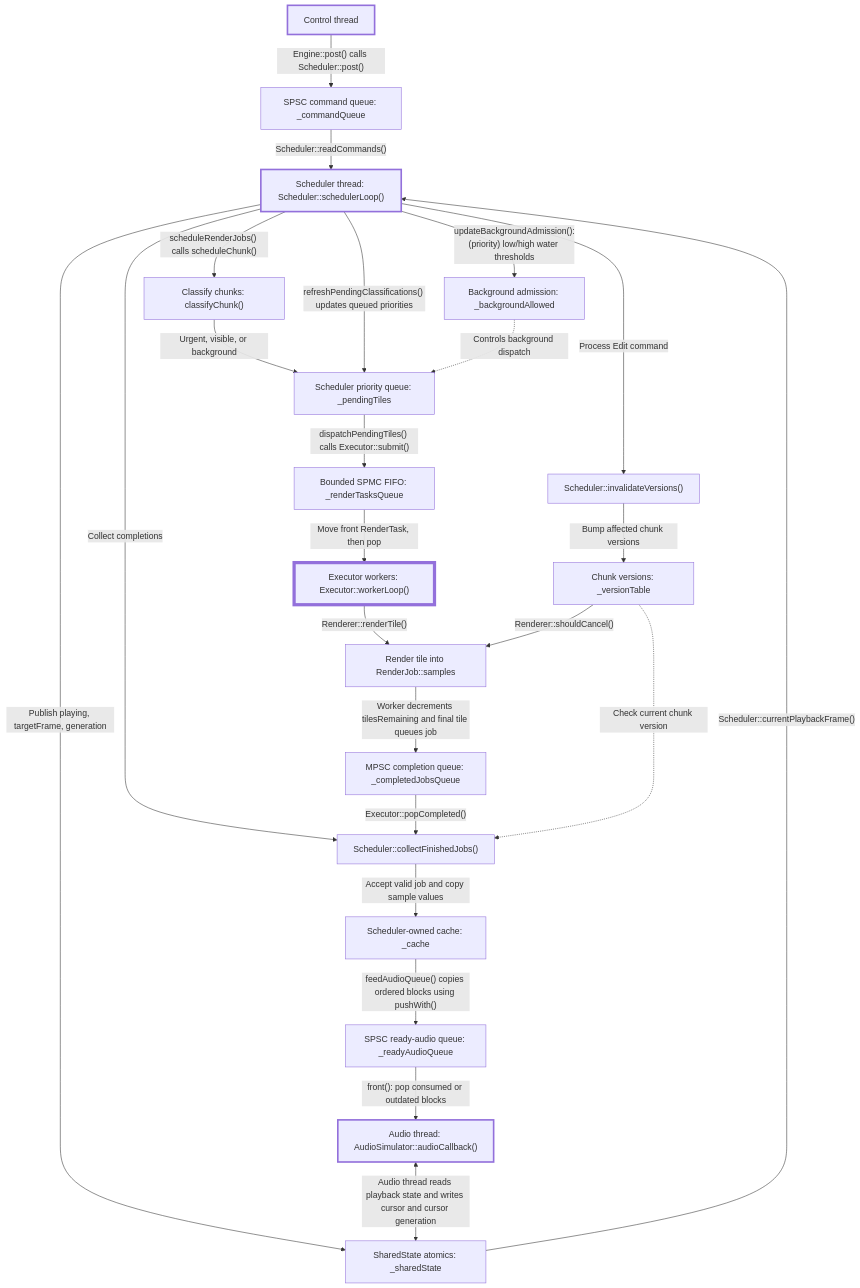
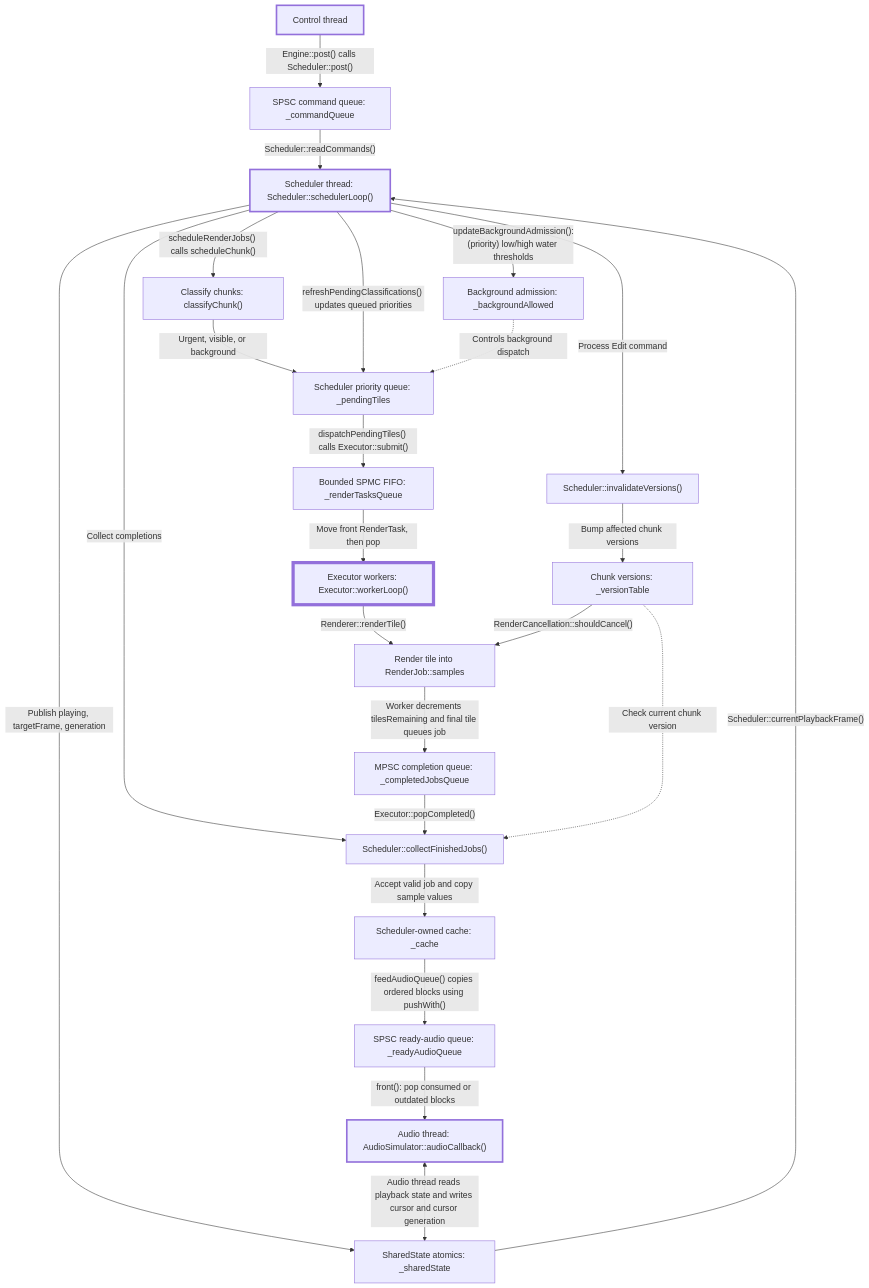
Before and after one commit to ChristosKonstantas/anasa: the diagram in README.md, drawn with Mermaid. The commit also changed 14 other files, not shown here.

Commit message:
Refactor (SOLID render2): separate synthetic rendering and cancellation, and add tests for new components

````diff
--- a/README.md
+++ b/README.md
@@ -35,62 +35,62 @@
 ```mermaid
 flowchart TD
 
     Control["Control thread"]
     CommandQueue["SPSC command queue: _commandQueue"]
     Scheduler["Scheduler thread: Scheduler::schedulerLoop()"]
 
     Control -->|"Engine::post() calls Scheduler::post()"| CommandQueue
     CommandQueue -->|"Scheduler::readCommands()"| Scheduler
 
     ExecutorQueue["Bounded SPMC FIFO: _renderTasksQueue"]
     Workers["Executor workers: Executor::workerLoop()"]
     Render["Render tile into RenderJob::samples"]
     CompletionQueue["MPSC completion queue: _completedJobsQueue"]
 
         Classify["Classify chunks: classifyChunk()"]
     Pending["Scheduler priority queue: _pendingTiles"]
 
     Scheduler -->|"scheduleRenderJobs() calls scheduleChunk()"| Classify
     Classify -->|"Urgent, visible, or background"| Pending
     Scheduler -->|"refreshPendingClassifications() updates queued priorities"| Pending
     Pending -->|"dispatchPendingTiles() calls Executor::submit()"| ExecutorQueue
     ExecutorQueue -->|"Move front RenderTask, then pop"| Workers
     Workers -->|"Renderer::renderTile()"| Render
     Render -->|"Worker decrements tilesRemaining and final tile queues job"| CompletionQueue
     Admission["Background admission: _backgroundAllowed"]
 
     Scheduler -->|"updateBackgroundAdmission():(priority) low/high water thresholds"| Admission
     Admission -.->|"Controls background dispatch"| Pending
     Cache["Scheduler-owned cache: _cache"]
     ReadyQueue["SPSC ready-audio queue: _readyAudioQueue"]
     Audio["Audio thread: AudioSimulator::audioCallback()"]
 
     Cache -->|"feedAudioQueue() copies ordered blocks using pushWith()"| ReadyQueue
     ReadyQueue -->|"front(): pop consumed or outdated blocks"| Audio
 
     Shared["SharedState atomics: _sharedState"]
 
     Scheduler -->|"Publish playing, targetFrame, generation"| Shared
     Shared -->|"Scheduler::currentPlaybackFrame()"| Scheduler
 
     Audio <-->|"Audio thread reads playback state and writes cursor and cursor generation"| Shared
 
     Versions["Chunk versions: _versionTable"]
 
-    Versions -->|"Renderer::shouldCancel()"| Render
+    Versions -->|"RenderCancellation::shouldCancel()"| Render
 
        Collect["Scheduler::collectFinishedJobs()"]
     Invalidate["Scheduler::invalidateVersions()"]
 
     Scheduler -->|"Collect completions"| Collect
     CompletionQueue -->|"Executor::popCompleted()"| Collect
     Versions -.->|"Check current chunk version"| Collect
     Collect -->|"Accept valid job and copy sample values"| Cache
     Scheduler -->|"Process Edit command"| Invalidate
     Invalidate -->|"Bump affected chunk versions"| Versions
     classDef thread stroke-width:3px;
     classDef threadPool stroke-width:6px;
 
     class Control,Scheduler,Audio thread;
     class Workers threadPool;
 ```
````
